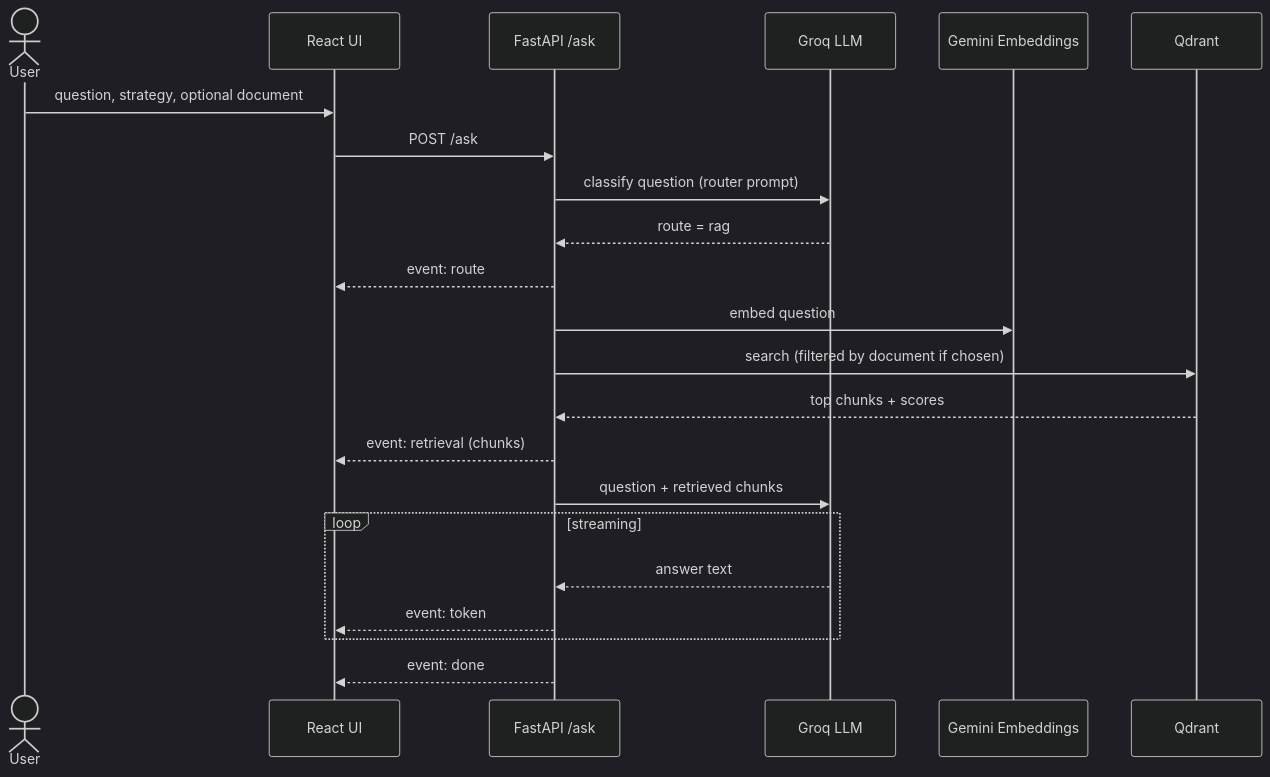
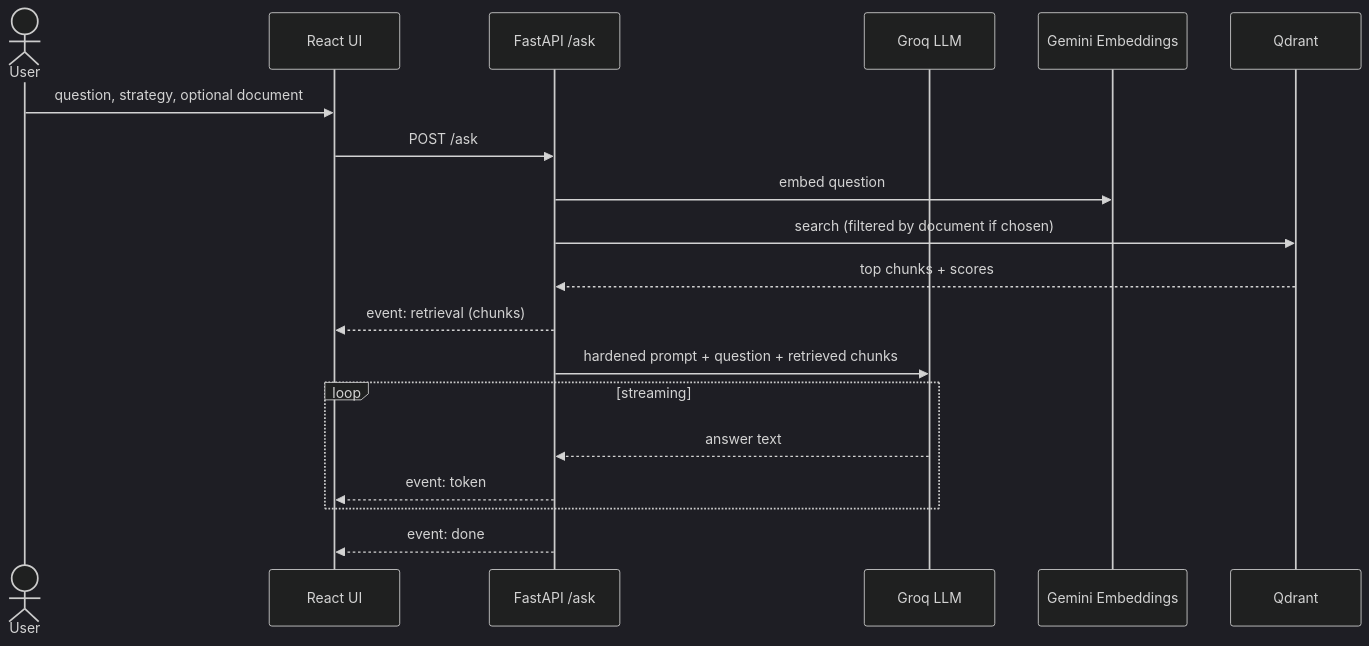
Before and after one commit to Jainilshah07/Financial-Rag: the fourth of 4 diagrams in ARCHITECTURE.md, drawn with Mermaid (dark theme). The commit also changed other lines of this file and 39 other files, not shown here.

````diff
--- a/ARCHITECTURE.md
+++ b/ARCHITECTURE.md
@@ -92,25 +93,22 @@
 ```mermaid
 sequenceDiagram
     actor U as User
     participant UI as React UI
     participant API as FastAPI /ask
     participant LLM as Groq LLM
     participant EMB as Gemini Embeddings
     participant DB as Qdrant
 
     U->>UI: question, strategy, optional document
     UI->>API: POST /ask
-    API->>LLM: classify question (router prompt)
-    LLM-->>API: route = rag
-    API-->>UI: event: route
     API->>EMB: embed question
     API->>DB: search (filtered by document if chosen)
     DB-->>API: top chunks + scores
     API-->>UI: event: retrieval (chunks)
-    API->>LLM: question + retrieved chunks
+    API->>LLM: hardened prompt + question + retrieved chunks
     loop streaming
         LLM-->>API: answer text
         API-->>UI: event: token
     end
     API-->>UI: event: done
 ```
````
